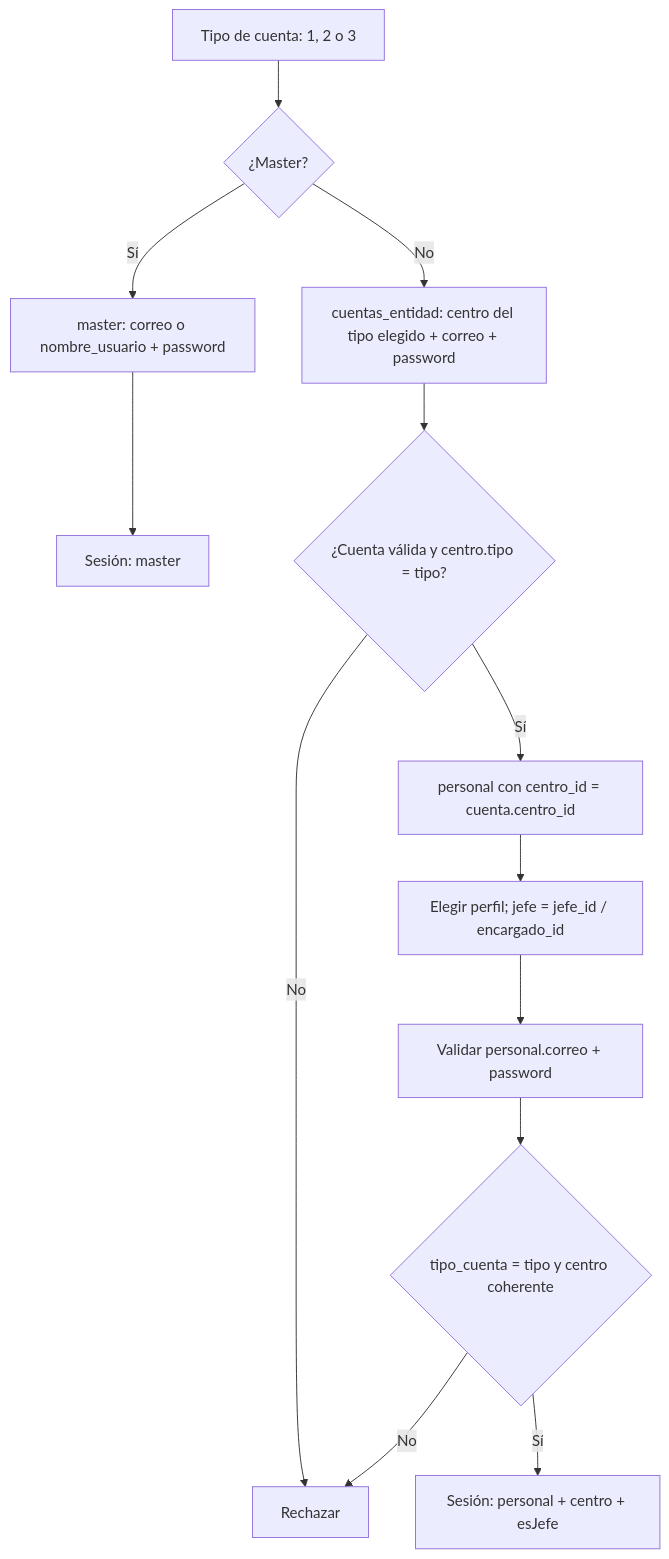
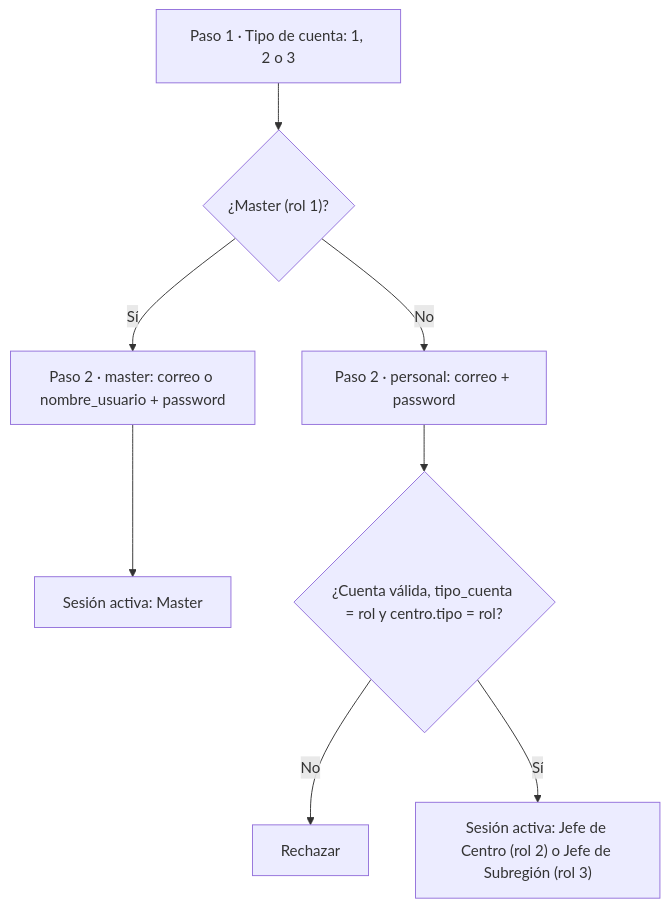
The second of 2 diagrams in docs/diseno/modelo-datos.md (svengeance07/VIHpositivoXD), drawn with Mermaid before and after one commit. The commit also changed other lines of this file and 54 other files, not shown here.

````diff
--- a/docs/diseno/modelo-datos.md
+++ b/docs/diseno/modelo-datos.md
@@ -466,15 +437,10 @@
 ```mermaid
 flowchart TD
-    A["Tipo de cuenta: 1, 2 o 3"] --> B{"¿Master?"}
-    B -->|Sí| C["master: correo o nombre_usuario + password"]
-    C --> I["Sesión: master"]
-    B -->|No| D["cuentas_entidad: centro del tipo elegido + correo + password"]
-    D --> E{"¿Cuenta válida y centro.tipo = tipo?"}
+    A["Paso 1 · Tipo de cuenta: 1, 2 o 3"] --> B{"¿Master (rol 1)?"}
+    B -->|Sí| C["Paso 2 · master: correo o nombre_usuario + password"]
+    C --> I["Sesión activa: Master"]
+    B -->|No| D["Paso 2 · personal: correo + password"]
+    D --> E{"¿Cuenta válida, tipo_cuenta = rol y centro.tipo = rol?"}
     E -->|No| F["Rechazar"]
-    E -->|Sí| G["personal con centro_id = cuenta.centro_id"]
-    G --> H["Elegir perfil; jefe = jefe_id / encargado_id"]
-    H --> J["Validar personal.correo + password"]
-    J --> K{"tipo_cuenta = tipo y centro coherente"}
-    K -->|No| F
-    K -->|Sí| L["Sesión: personal + centro + esJefe"]
+    E -->|Sí| L["Sesión activa: Jefe de Centro (rol 2) o Jefe de Subregión (rol 3)"]
 ```
````
